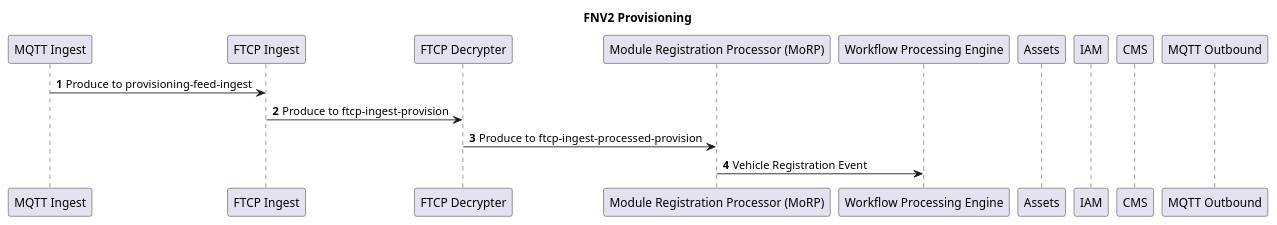
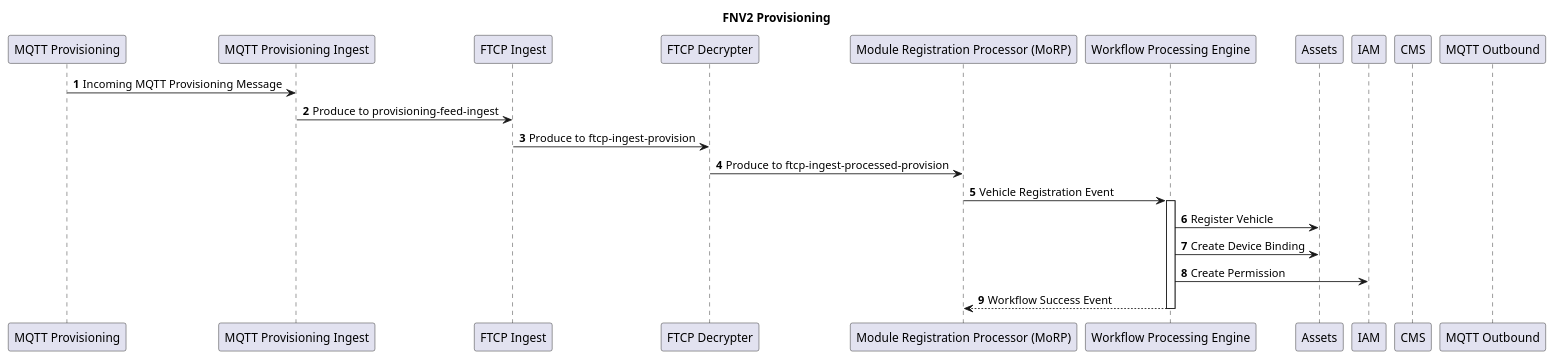
The diagram in fnv2-provisioning.puml (markprotas-autonomic/fnv2-provisioning-puml), drawn with PlantUML before and after one commit.

Commit message:
Added interactions with workflow processing, assets, iam

```diff
--- a/fnv2-provisioning.puml
+++ b/fnv2-provisioning.puml
@@ -1,20 +1,26 @@
 @startuml
 autonumber
 
 title FNV2 Provisioning
 
-participant "MQTT Ingest" as mi
+participant "MQTT Provisioning" as mp
+participant "MQTT Provisioning Ingest" as mi
 participant "FTCP Ingest" as fi
 participant "FTCP Decrypter" as fd
 participant "Module Registration Processor (MoRP)" as mo
 participant "Workflow Processing Engine" as wpe
 participant "Assets" as assets
 participant "IAM" as iam
 participant "CMS" as cms
 participant "MQTT Outbound" as mqo
 
+mp -> mi: Incoming MQTT Provisioning Message
 mi -> fi: Produce to provisioning-feed-ingest
 fi -> fd: Produce to ftcp-ingest-provision
 fd -> mo: Produce to ftcp-ingest-processed-provision
-mo -> wpe: Vehicle Registration Event
+mo -> wpe ++: Vehicle Registration Event
+wpe -> assets: Register Vehicle
+wpe -> assets: Create Device Binding
+wpe -> iam: Create Permission
+return Workflow Success Event
 @enduml
```
